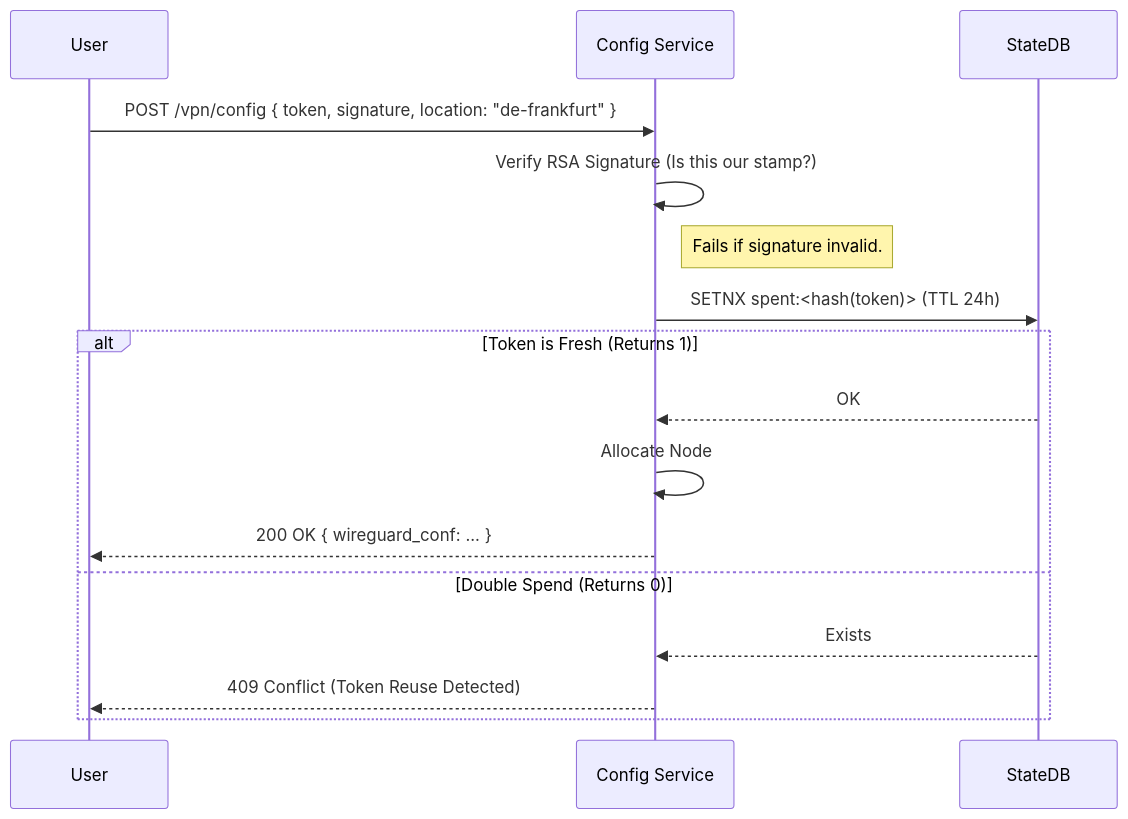
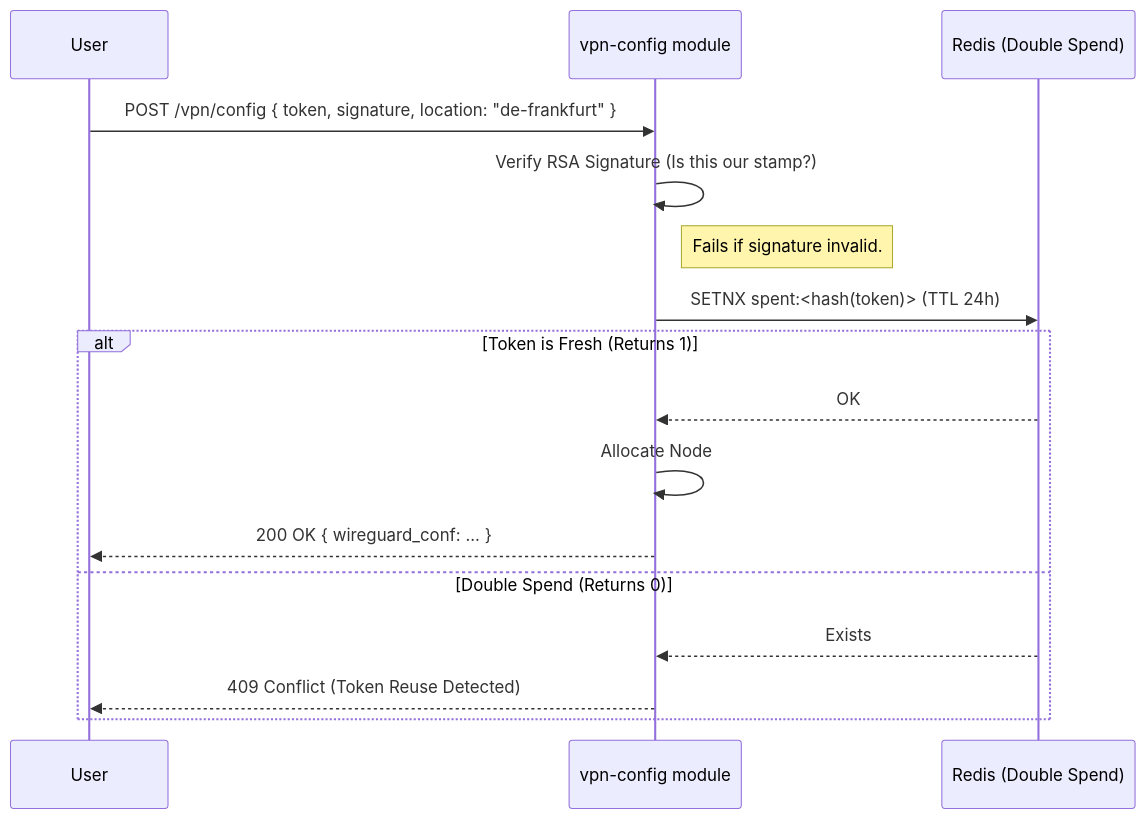
Before and after one commit to Keen-VPN/docs: the second of 5 diagrams in architecture/b2c-backend-design.md, drawn with Mermaid. The commit also changed other lines of this file and 15 other files, not shown here.

````diff
--- a/architecture/b2c-backend-design.md
+++ b/architecture/b2c-backend-design.md
@@ -70,22 +54,22 @@
 ```mermaid
 sequenceDiagram
     participant User
-    participant Config as Config Service
-    participant Redis as StateDB
+    participant Config as vpn-config module
+    participant Redis as Redis (Double Spend)
 
     User->>Config: POST /vpn/config { token, signature, location: "de-frankfurt" }
     
     Config->>Config: Verify RSA Signature (Is this our stamp?)
     Note right of Config: Fails if signature invalid.
     
     Config->>Redis: SETNX spent:<hash(token)> (TTL 24h)
     
     alt Token is Fresh (Returns 1)
         Redis-->>Config: OK
         Config->>Config: Allocate Node
         Config-->>User: 200 OK { wireguard_conf: ... }
     else Double Spend (Returns 0)
         Redis-->>Config: Exists
         Config-->>User: 409 Conflict (Token Reuse Detected)
     end
 ```
````
